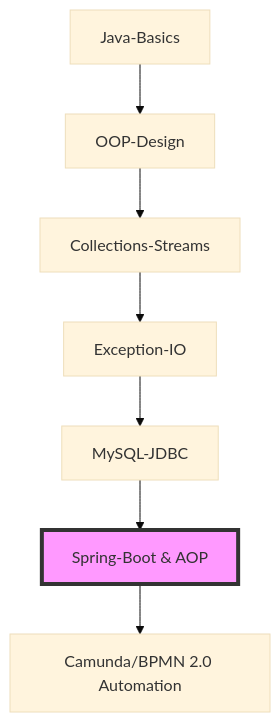
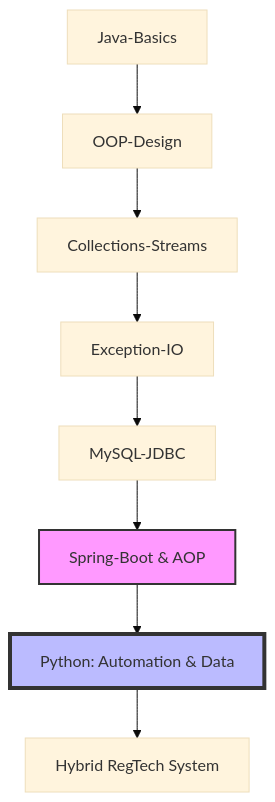
The diagram in README.md (Wenjian-Liu/Compliance-Tech-Logic), drawn with Mermaid (base theme) before and after one commit. The commit also changed other lines of this file, not shown here.

````diff
--- a/README.md
+++ b/README.md
@@ -262,10 +267,12 @@
 ```mermaid
 graph TD
 A[Java-Basics]-->B[OOP-Design]
 B-->C[Collections-Streams]
 C-->D[Exception-IO]
 D-->E[MySQL-JDBC]
 E-->F[Spring-Boot & AOP]
-F-->G[Camunda/BPMN 2.0 Automation]
-style F fill:#f9f,stroke:#333,stroke-width:4px
+F-->G[Python: Automation & Data]
+G-->H[Hybrid RegTech System]
+style F fill:#f9f,stroke:#333,stroke-width:2px
+style G fill:#bbf,stroke:#333,stroke-width:4px
 ```
````
